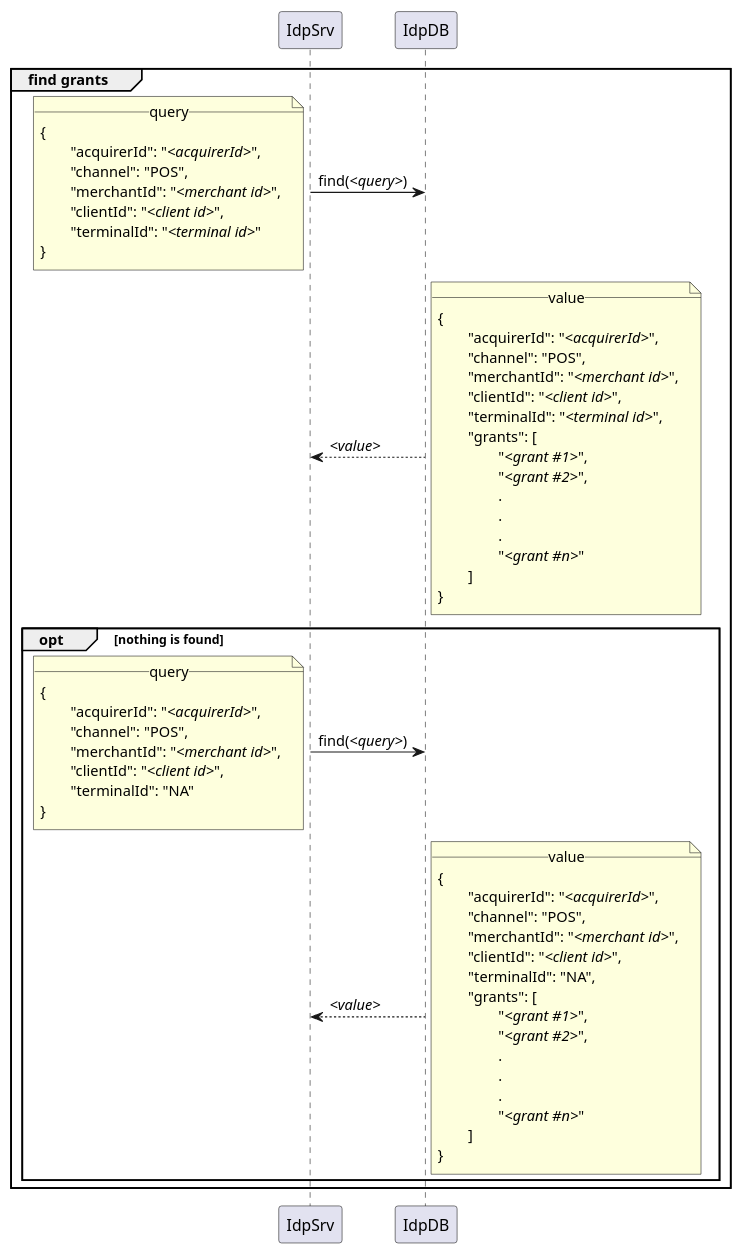
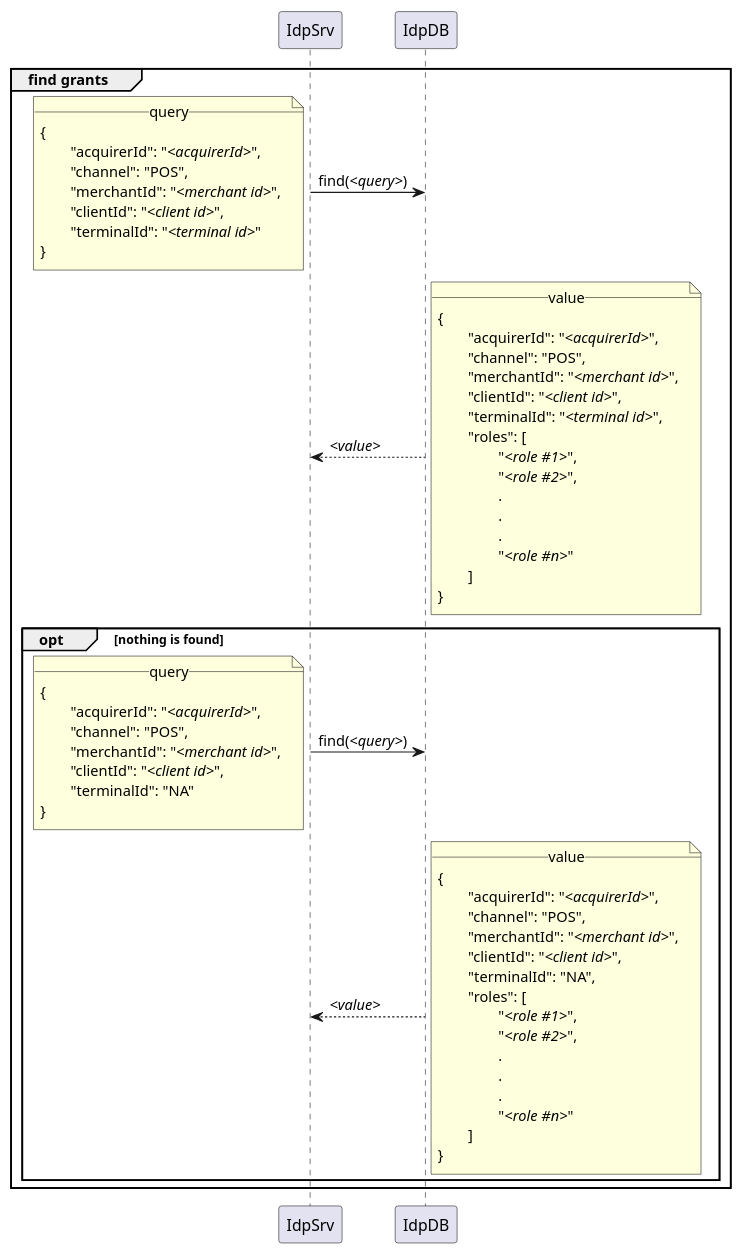
The diagram in sequence_diags/auth/vas_layer/find_grants.puml (pagopa/mil-diags), drawn with PlantUML before and after one commit. The commit also changed 16 other files, not shown here.

```diff
--- a/sequence_diags/auth/vas_layer/find_grants.puml
+++ b/sequence_diags/auth/vas_layer/find_grants.puml
@@ -1,70 +1,70 @@
 @startuml
 group find grants
 	IdpSrv -> IdpDB : find(//<query>//)
 		note left
 			__query__
 			{
 				"acquirerId": "//<acquirerId>//",
 				"channel": "POS",
 				"merchantId": "//<merchant id>//",
 				"clientId": "//<client id>//",
 				"terminalId": "//<terminal id>//"
 			}
 		end note
 		
 	IdpDB --> IdpSrv : //<value>//
 		note right
 			__value__
 			{
 				"acquirerId": "//<acquirerId>//",
 				"channel": "POS",
 				"merchantId": "//<merchant id>//",
 				"clientId": "//<client id>//",
 				"terminalId": "//<terminal id>//",
-				"grants": [
-					"//<grant #1>//",
-					"//<grant #2>//",
+				"roles": [
+					"//<role #1>//",
+					"//<role #2>//",
 					.
 					.
 					.
-					"//<grant #n>//"
+					"//<role #n>//"
 				]
 			}
 		end note
 
 
 	opt nothing is found
 		IdpSrv -> IdpDB : find(//<query>//)
 			note left
 				__query__
 				{
 					"acquirerId": "//<acquirerId>//",
 					"channel": "POS",
 					"merchantId": "//<merchant id>//",
 					"clientId": "//<client id>//",
 					"terminalId": "NA"
 				}
 			end note
 
 		IdpDB --> IdpSrv : //<value>//
 			note right
 				__value__
 				{
 					"acquirerId": "//<acquirerId>//",
 					"channel": "POS",
 					"merchantId": "//<merchant id>//",
 					"clientId": "//<client id>//",
 					"terminalId": "NA",
-					"grants": [
-						"//<grant #1>//",
-						"//<grant #2>//",
+					"roles": [
+						"//<role #1>//",
+						"//<role #2>//",
 						.
 						.
 						.
-						"//<grant #n>//"
+						"//<role #n>//"
 					]
 				}
 			end note
 	end
 end
 @enduml
```
